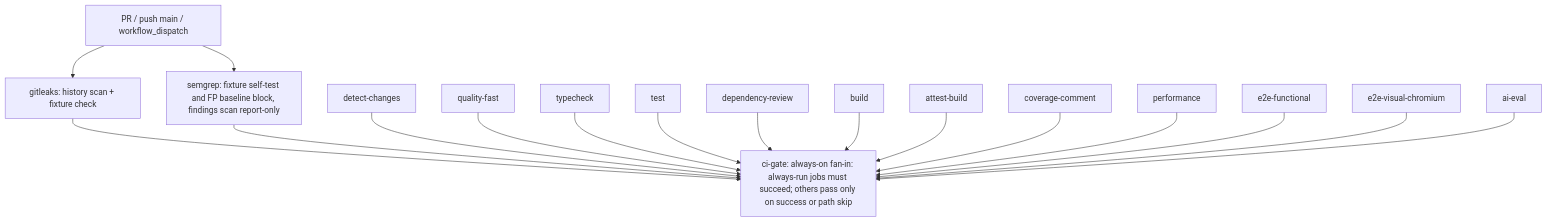
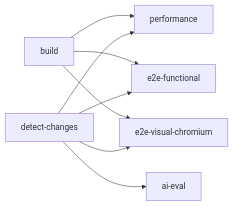
The fifth of 8 diagrams in docs/07-workflows.md (erikunha/portfolio), drawn with Mermaid before and after one commit. The commit also changed other lines of this file and 4 other files, not shown here.

First line of the commit message:
docs(handbook): split large mermaid diagrams into small single-flow views

````diff
--- a/docs/07-workflows.md
+++ b/docs/07-workflows.md
@@ -175,20 +165,10 @@
 ```mermaid
-flowchart TD
-    pr["PR / push main / workflow_dispatch"] --> secrets["gitleaks: history scan + fixture check"]
-    secrets --> gate
-    pr --> semgrep["semgrep: fixture self-test and FP baseline block, findings scan report-only"]
-    semgrep --> gate
-    dc["detect-changes"] --> gate
-    qf["quality-fast"] --> gate
-    tc["typecheck"] --> gate
-    t["test"] --> gate
-    dr["dependency-review"] --> gate
-    b["build"] --> gate
-    at["attest-build"] --> gate
-    cc["coverage-comment"] --> gate
-    perf["performance"] --> gate
-    e2e["e2e-functional"] --> gate
-    vis["e2e-visual-chromium"] --> gate
-    ev["ai-eval"] --> gate
-    gate["ci-gate: always-on fan-in: always-run jobs must succeed; others pass only on success or path skip"]
+flowchart LR
+    b["build"] --> perf["performance"]
+    b --> e2e["e2e-functional"]
+    b --> vis["e2e-visual-chromium"]
+    dc["detect-changes"] --> perf
+    dc --> e2e
+    dc --> vis
+    dc --> ev["ai-eval"]
 ```
````
